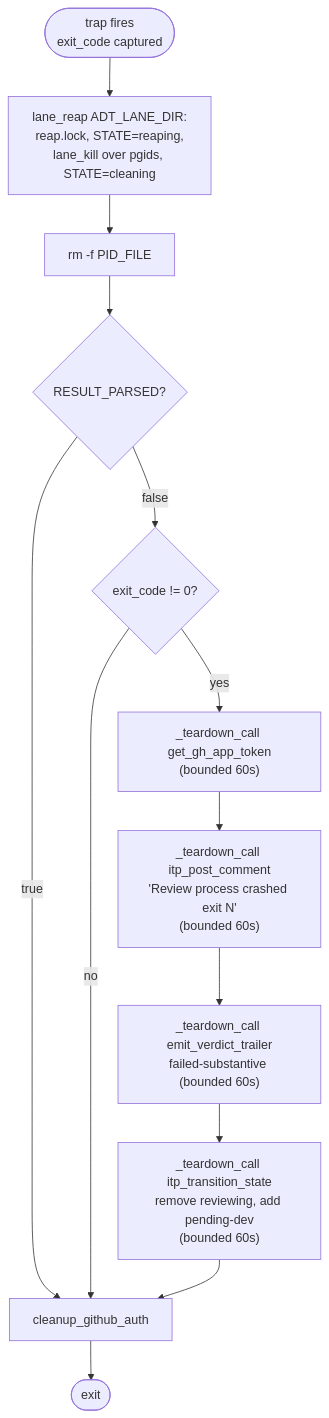
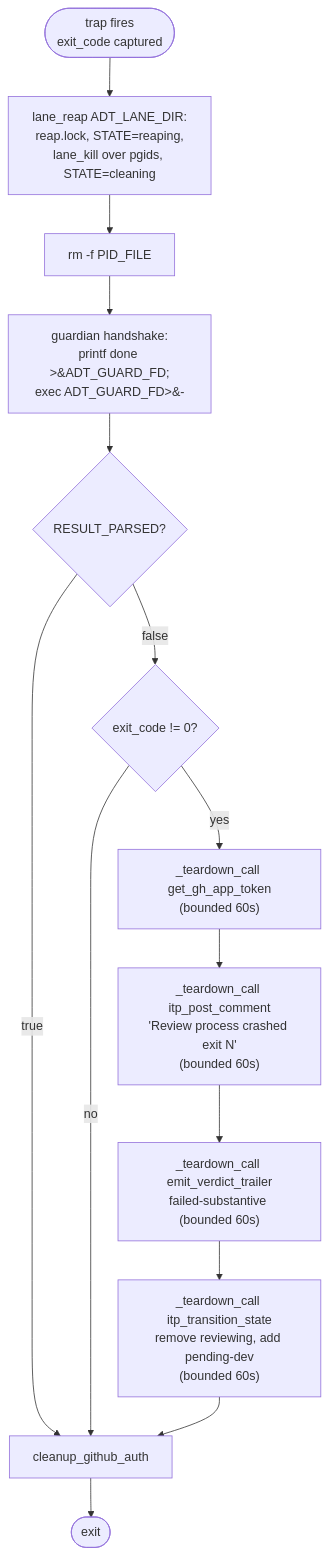
The second of 2 diagrams in docs/pipeline/review-agent-flow.md (zxkane/autonomous-dev-team), drawn with Mermaid before and after one commit. The commit also changed other lines of this file and 16 other files, not shown here.

````diff
--- a/docs/pipeline/review-agent-flow.md
+++ b/docs/pipeline/review-agent-flow.md
@@ -752,16 +753,17 @@
 ```mermaid
 flowchart TD
     enter([trap fires<br/>exit_code captured]) --> lane_reap["lane_reap ADT_LANE_DIR:<br/>reap.lock, STATE=reaping,<br/>lane_kill over pgids, STATE=cleaning"]
     lane_reap --> rm_pid[rm -f PID_FILE]
-    rm_pid --> parsed{RESULT_PARSED?}
+    rm_pid --> handshake["guardian handshake:<br/>printf done &gt;&amp;ADT_GUARD_FD;<br/>exec ADT_GUARD_FD&gt;&amp;-"]
+    handshake --> parsed{RESULT_PARSED?}
     parsed -- true --> auth_done[cleanup_github_auth]
     auth_done --> done([exit])
 
     parsed -- false --> exit_branch{exit_code != 0?}
     exit_branch -- no --> auth_done
     exit_branch -- yes --> refresh["_teardown_call get_gh_app_token<br/>(bounded 60s)"]
     refresh --> crash_comment["_teardown_call itp_post_comment<br/>'Review process crashed exit N'<br/>(bounded 60s)"]
     crash_comment --> verdict_trailer["_teardown_call emit_verdict_trailer<br/>failed-substantive (bounded 60s)"]
     verdict_trailer --> to_dev["_teardown_call itp_transition_state<br/>remove reviewing, add pending-dev<br/>(bounded 60s)"]
     to_dev --> auth_done
 ```
````
